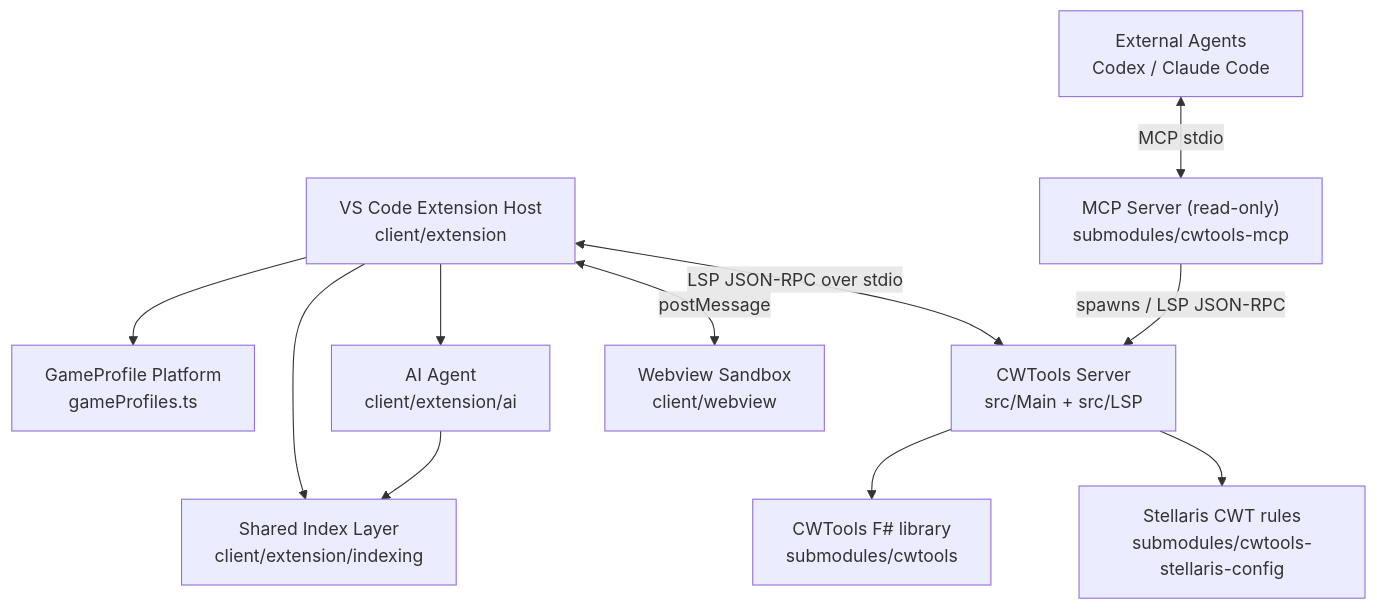
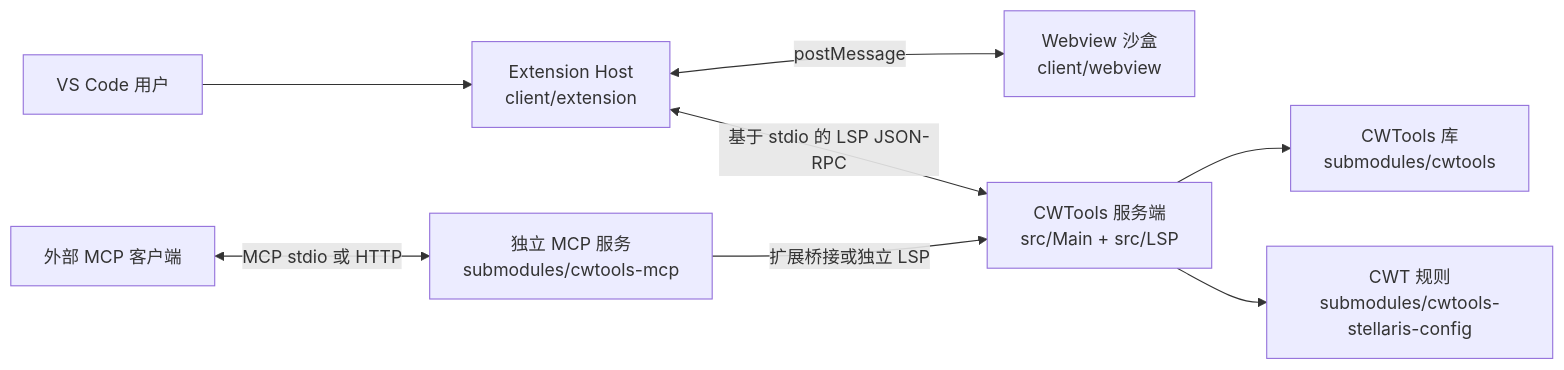
Before and after one commit to Aa728848/cwtools-vscode: the seventh of 12 diagrams in ARCHITECTURE.md, drawn with Mermaid. The commit also changed other lines of this file and 10 other files, not shown here.

````diff
--- a/ARCHITECTURE.md
+++ b/ARCHITECTURE.md
@@ -534,24 +240,19 @@
 ```mermaid
-flowchart TD
-    VS["VS Code Extension Host\nclient/extension"]
-    GP["GameProfile Platform\ngameProfiles.ts"]
-    IDX["Shared Index Layer\nclient/extension/indexing"]
-    AI["AI Agent\nclient/extension/ai"]
-    WV["Webview Sandbox\nclient/webview"]
-    LSP["CWTools Server\nsrc/Main + src/LSP"]
-    CW["CWTools F# library\nsubmodules/cwtools"]
-    RULES["Stellaris CWT rules\nsubmodules/cwtools-stellaris-config"]
-    MCP["MCP Server (read-only)\nsubmodules/cwtools-mcp"]
-    EXT["External Agents\nCodex / Claude Code"]
+flowchart LR
+    USER["VS Code 用户"]
+    HOST["Extension Host\nclient/extension"]
+    WEB["Webview 沙盒\nclient/webview"]
+    LSP["CWTools 服务端\nsrc/Main + src/LSP"]
+    CW["CWTools 库\nsubmodules/cwtools"]
+    RULES["CWT 规则\nsubmodules/cwtools-stellaris-config"]
+    MCP["独立 MCP 服务\nsubmodules/cwtools-mcp"]
+    EXT["外部 MCP 客户端"]
 
-    VS --> GP
-    VS --> IDX
-    VS --> AI
-    VS <-->|postMessage| WV
-    VS <-->|LSP JSON-RPC over stdio| LSP
-    AI --> IDX
+    USER --> HOST
+    HOST <-->|"postMessage"| WEB
+    HOST <-->|"基于 stdio 的 LSP JSON-RPC"| LSP
     LSP --> CW
     LSP --> RULES
-    EXT <-->|MCP stdio| MCP
-    MCP -->|spawns / LSP JSON-RPC| LSP
+    EXT <-->|"MCP stdio 或 HTTP"| MCP
+    MCP -->|"扩展桥接或独立 LSP"| LSP
 ```
````
